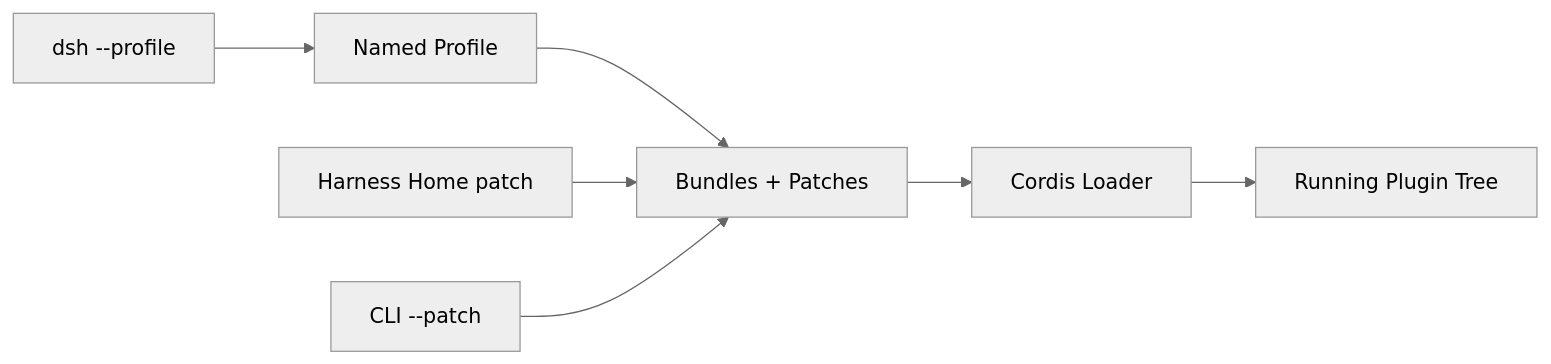
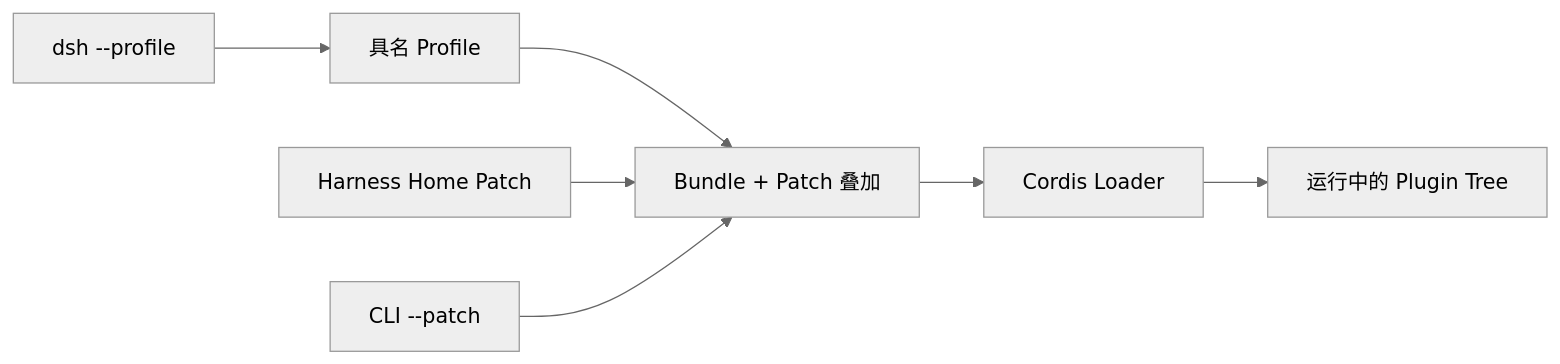
The diagram in src/react-app/content/whitepaper/v0.1.5-rc.1/02-boot-config.md (0326/dsh-plugin-market), drawn with Mermaid (neutral theme) before and after one commit. The commit also changed other lines of this file, not shown here.

Commit message:
docs: localize boot diagram and add source entry links

````diff
--- a/src/react-app/content/whitepaper/v0.1.5-rc.1/02-boot-config.md
+++ b/src/react-app/content/whitepaper/v0.1.5-rc.1/02-boot-config.md
@@ -21,9 +21,9 @@
 ```mermaid id=boot-composition
 flowchart LR
-  CLI["dsh --profile <name>"] --> P["Named Profile"]
-  P --> B["Bundles + Patches"]
+  CLI["dsh --profile <name>"] --> P["具名 Profile"]
+  P --> B["Bundle + Patch 叠加"]
   B --> L["Cordis Loader"]
-  L --> T["Running Plugin Tree"]
-  H["Harness Home patch"] --> B
+  L --> T["运行中的 Plugin Tree"]
+  H["Harness Home Patch"] --> B
   C["CLI --patch"] --> B
 ```
````
